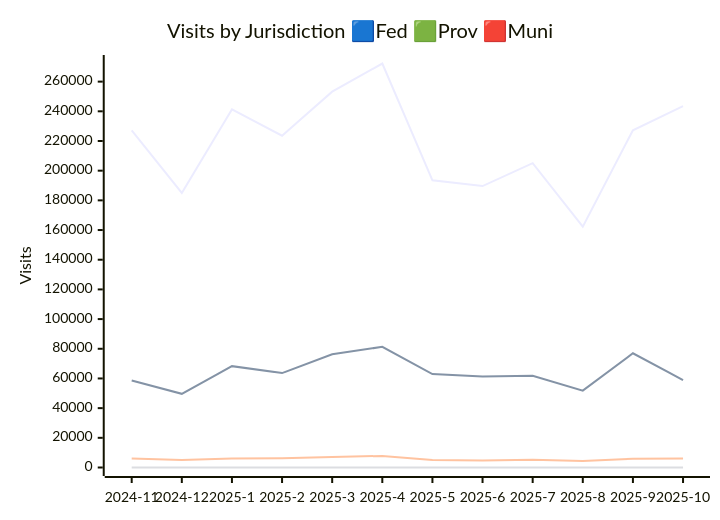
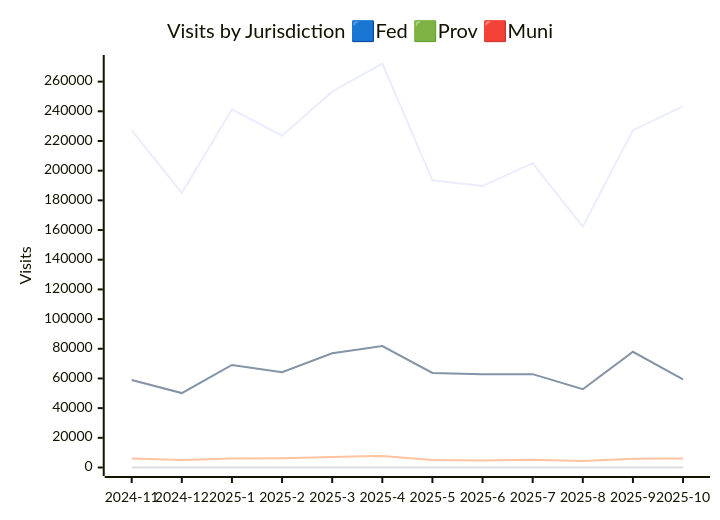
One commit to PatLittle/analytics-corporate-reporting changed the second of 3 diagrams in JURISDICTION_ANALYTICS_REPORT/readme.md. Above: the diagram before and after it, drawn with Mermaid. The commit also changed other lines of this file and 3 other files, not shown here.

````diff
--- a/JURISDICTION_ANALYTICS_REPORT/readme.md
+++ b/JURISDICTION_ANALYTICS_REPORT/readme.md
@@ -28,11 +28,11 @@
 ```mermaid
 
 xychart-beta
     title "Visits by Jurisdiction 🟦Fed 🟩Prov 🟥Muni"
     x-axis [2024-11, 2024-12, 2025-1, 2025-2, 2025-3, 2025-4, 2025-5, 2025-6, 2025-7, 2025-8, 2025-9, 2025-10]
     y-axis "Visits" 0 --> 272213
     line [227131, 185004, 241296, 223573, 253219, 272203, 193521, 189619, 205069, 162265, 227252, 243443]
-    line [58564, 49650, 68285, 63629, 76294, 81289, 62969, 61316, 61850, 51799, 76955, 58940]
+    line [58934, 50140, 69106, 64172, 76988, 81864, 63733, 62811, 62909, 52748, 77972, 59339]
     line [6051, 4970, 6012, 6298, 7116, 7800, 5126, 4797, 5298, 4430, 5844, 6122]
     line [0, 0, 0, 0, 0, 0, 0, 0, 0, 0, 0, 13]
 ```
````
